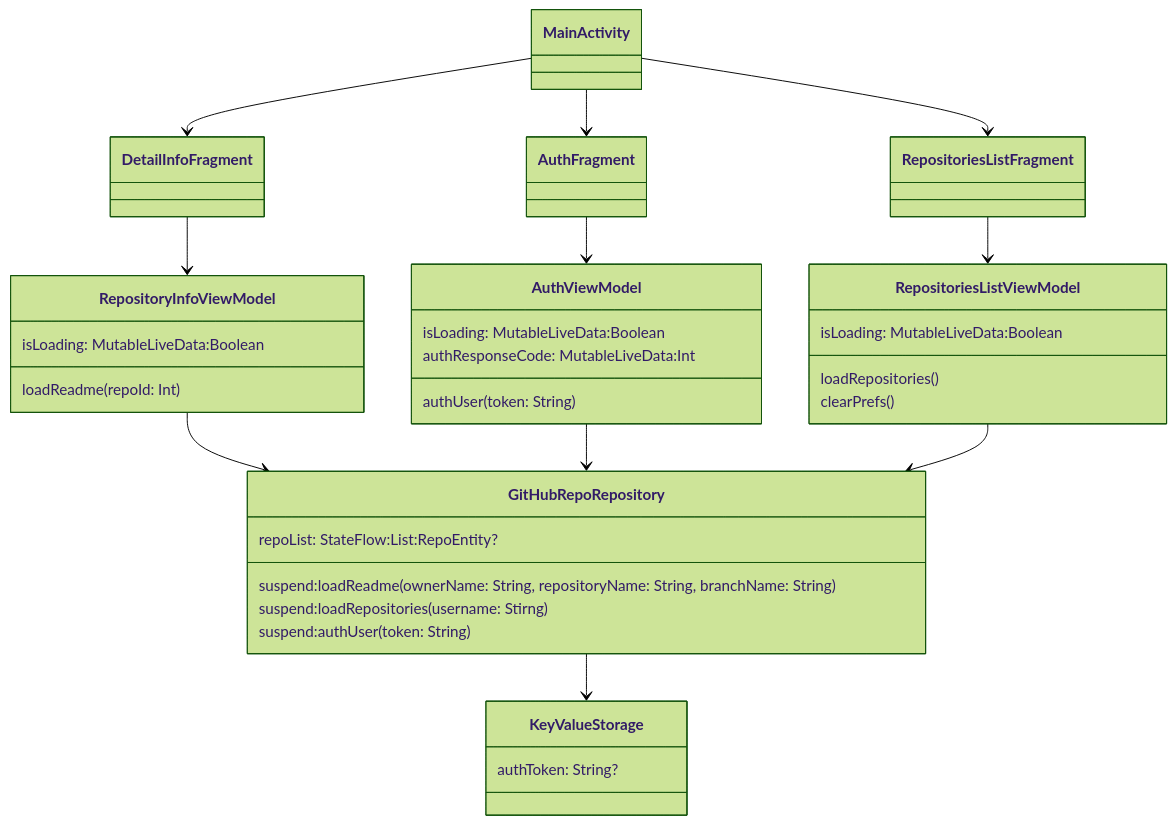
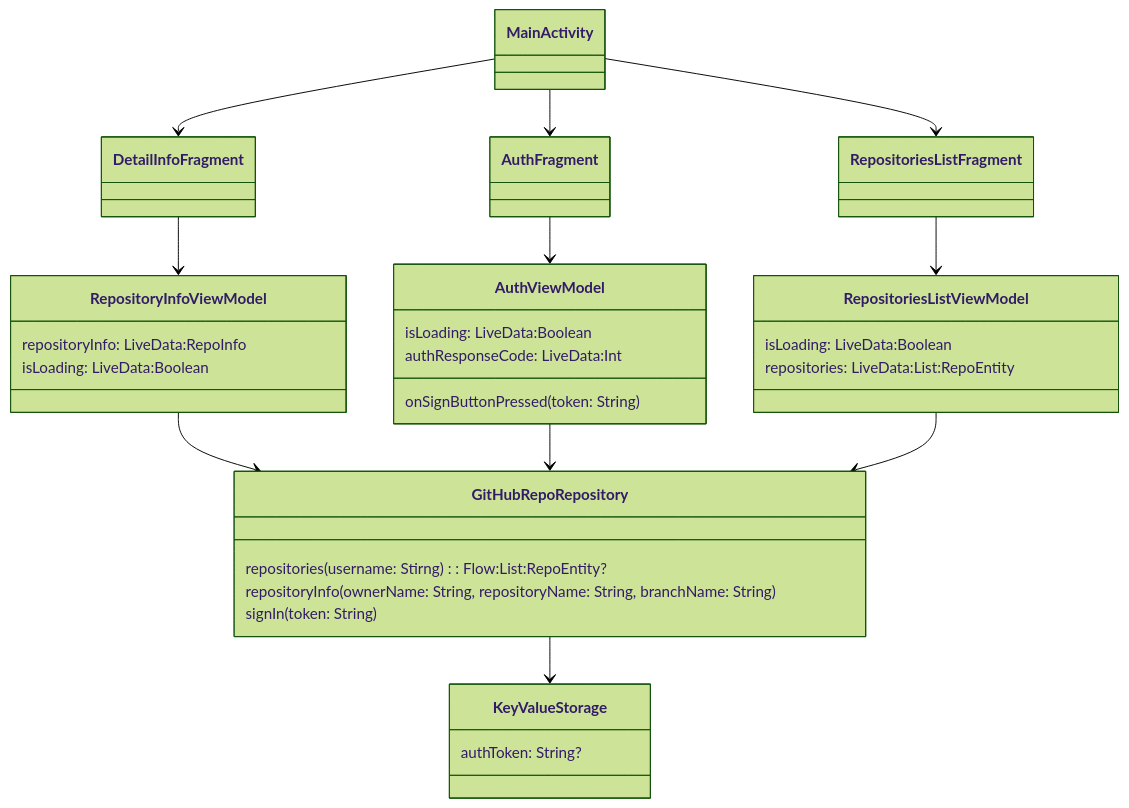
Before and after one commit to icerockdev/kmm.icerock.dev: the diagram in university/1-android-basics/practice.md, drawn with Mermaid (forest theme). The commit also changed 2 other files, not shown here.

Commit message:
fix public api

````diff
--- a/university/1-android-basics/practice.md
+++ b/university/1-android-basics/practice.md
@@ -42,50 +42,48 @@
 ```mermaid
    classDiagram
 
    class MainActivity:::android
    class AuthFragment:::android
    class RepositoriesListFragment:::android
    class DetailInfoFragment:::android
 
    class AuthViewModel:::android{
-     isLoading: MutableLiveData:Boolean
-     authResponseCode: MutableLiveData:Int
-     authUser(token: String)
+     isLoading: LiveData:Boolean
+     authResponseCode: LiveData:Int
+     onSignButtonPressed(token: String)
    }
    
    class RepositoryInfoViewModel:::android{
-     loadReadme(repoId: Int)
-     isLoading: MutableLiveData:Boolean
+     repositoryInfo: LiveData:RepoInfo
+     isLoading: LiveData:Boolean
    }
    
    class RepositoriesListViewModel:::android{
-     isLoading: MutableLiveData:Boolean
-     loadRepositories()
-     clearPrefs()
+     isLoading: LiveData:Boolean
+     repositories: LiveData:List:RepoEntity
    }
    
    class GitHubRepoRepository:::android{
-     repoList: StateFlow:List:RepoEntity?
-     suspend:loadReadme(ownerName: String, repositoryName: String, branchName: String)
-     suspend:loadRepositories(username: Stirng)
-     suspend:authUser(token: String)
+     repositories(username: Stirng): Flow:List:RepoEntity?
+     repositoryInfo(ownerName: String, repositoryName: String, branchName: String)
+     signIn(token: String)
    }
    
    class KeyValueStorage:::android{
      authToken: String?
    }
 
    MainActivity --> AuthFragment
    MainActivity --> RepositoriesListFragment
    MainActivity --> DetailInfoFragment
    
    AuthFragment --> AuthViewModel
    RepositoriesListFragment --> RepositoriesListViewModel
    DetailInfoFragment --> RepositoryInfoViewModel
    
    RepositoryInfoViewModel --> GitHubRepoRepository
    AuthViewModel --> GitHubRepoRepository
    RepositoriesListViewModel --> GitHubRepoRepository
 
    GitHubRepoRepository --> KeyValueStorage
 ```
````
